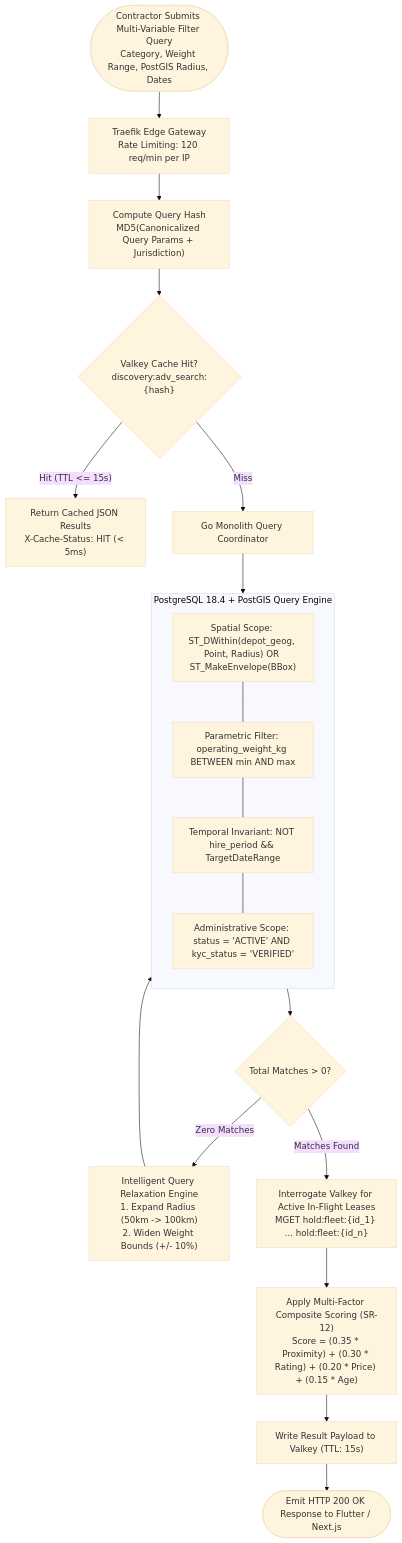
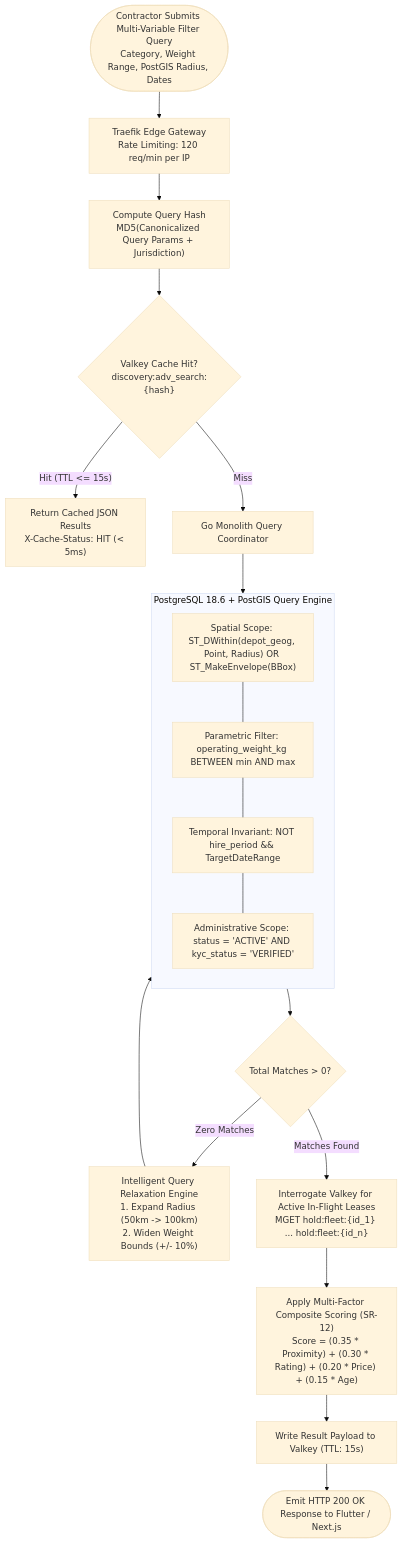
The first of 2 diagrams in docs/shared/requirements/05-15-search-discovery-enhancements.md (YDink/Heavy-Machinery-Logistics-Rental), drawn with Mermaid (base theme) before and after one commit. The commit also changed other lines of this file and 212 other files, not shown here.

````diff
--- a/docs/shared/requirements/05-15-search-discovery-enhancements.md
+++ b/docs/shared/requirements/05-15-search-discovery-enhancements.md
@@ -85,34 +85,34 @@
 ```mermaid
 flowchart TD
     UserQuery(["Contractor Submits Multi-Variable Filter Query<br/>Category, Weight Range, PostGIS Radius, Dates"]) --> GatewayIngress["Traefik Edge Gateway<br/>Rate Limiting: 120 req/min per IP"]
     
     GatewayIngress --> BuildCacheKey["Compute Query Hash<br/>MD5(Canonicalized Query Params + Jurisdiction)"]
     
     BuildCacheKey --> CheckValkeyCache{"Valkey Cache Hit?<br/>discovery:adv_search:{hash}"}
     CheckValkeyCache -->|"Hit (TTL <= 15s)"| EmitCached["Return Cached JSON Results<br/>X-Cache-Status: HIT (< 5ms)"]
     
     CheckValkeyCache -->|"Miss"| QueryCoordinator["Go Monolith Query Coordinator"]
     
-    subgraph ParallelQuery["PostgreSQL 18.4 + PostGIS Query Engine"]
+    subgraph ParallelQuery["PostgreSQL 18.6 + PostGIS Query Engine"]
         direction TB
         SpatialClause["Spatial Scope: ST_DWithin(depot_geog, Point, Radius) OR ST_MakeEnvelope(BBox)"]
         SpecClause["Parametric Filter: operating_weight_kg BETWEEN min AND max"]
         DateClause["Temporal Invariant: NOT hire_period && TargetDateRange"]
         TaxonomyClause["Administrative Scope: status = 'ACTIVE' AND kyc_status = 'VERIFIED'"]
         
         SpatialClause --- SpecClause --- DateClause --- TaxonomyClause
     end
     
     QueryCoordinator --> ParallelQuery
     ParallelQuery --> CheckZeroResults{"Total Matches > 0?"}
     
     CheckZeroResults -->|"Zero Matches"| RelaxationEngine["Intelligent Query Relaxation Engine<br/>1. Expand Radius (50km -> 100km)<br/>2. Widen Weight Bounds (+/- 10%)"]
     RelaxationEngine --> ParallelQuery
     
     CheckZeroResults -->|"Matches Found"| InterrogateLeases["Interrogate Valkey for Active In-Flight Leases<br/>MGET hold:fleet:{id_1} ... hold:fleet:{id_n}"]
     
     InterrogateLeases --> ComputeScoring["Apply Multi-Factor Composite Scoring (SR-12)<br/>Score = (0.35 * Proximity) + (0.30 * Rating) + (0.20 * Price) + (0.15 * Age)"]
     
     ComputeScoring --> PopulateCache["Write Result Payload to Valkey (TTL: 15s)"]
     PopulateCache --> EmitClient(["Emit HTTP 200 OK Response to Flutter / Next.js"])
 ```
````
